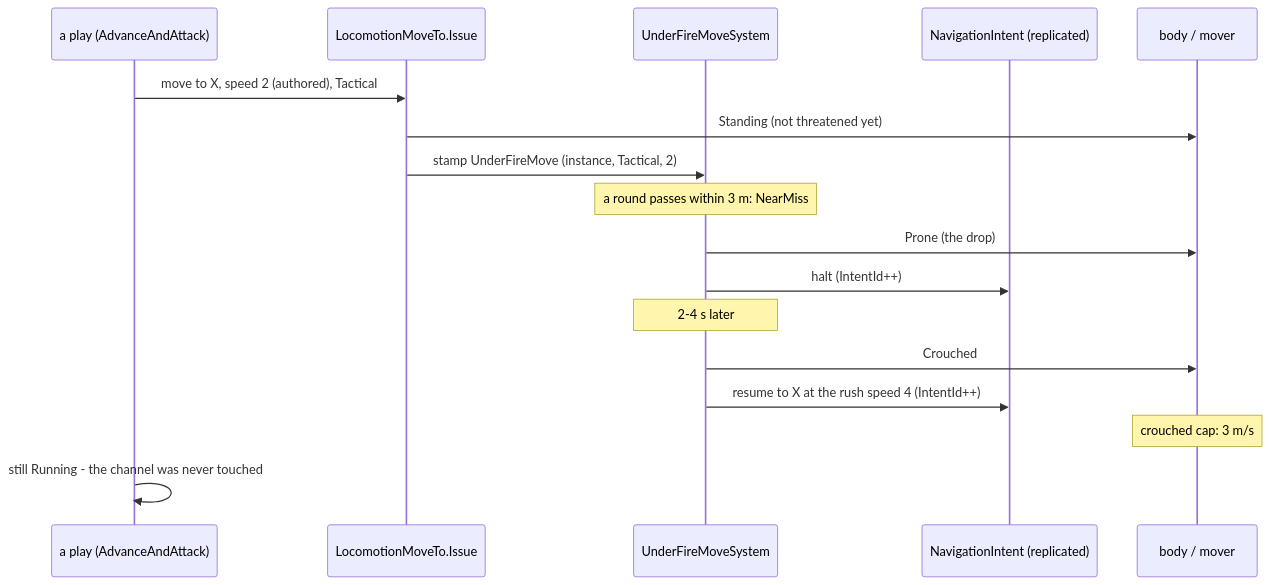
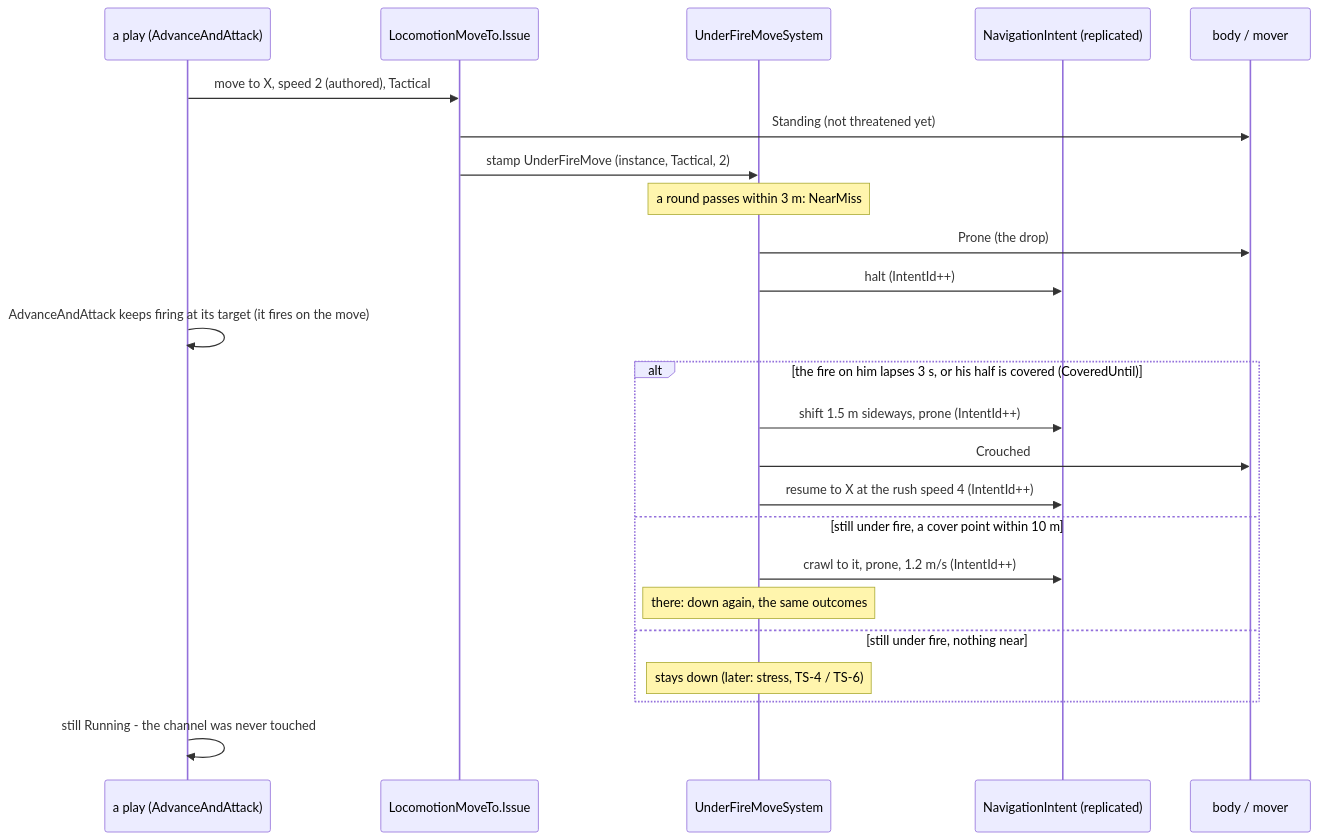
Before and after one commit to pjanec/HROT: the second of 3 diagrams in docs/blueprints/Architect_Question_96_Movement_Under_Fire.md, drawn with Mermaid. The commit also changed other lines of this file and 1 other file, not shown here.

First line of the commit message:
AQ96: lean C revised — the drop has outcomes, not a fixed time (user's question)

````diff
--- a/docs/blueprints/Architect_Question_96_Movement_Under_Fire.md
+++ b/docs/blueprints/Architect_Question_96_Movement_Under_Fire.md
@@ -96,19 +103,26 @@
 ```mermaid
 sequenceDiagram
   participant P as a play (AdvanceAndAttack)
   participant M as LocomotionMoveTo.Issue
   participant S as UnderFireMoveSystem
   participant N as NavigationIntent (replicated)
   participant B as body / mover
   P->>M: move to X, speed 2 (authored), Tactical
   M->>B: Standing (not threatened yet)
   M->>S: stamp UnderFireMove (instance, Tactical, 2)
   Note over S: a round passes within 3 m: NearMiss
   S->>B: Prone (the drop)
   S->>N: halt (IntentId++)
-  Note over S: 2-4 s later
-  S->>B: Crouched
-  S->>N: resume to X at the rush speed 4 (IntentId++)
-  Note over B: crouched cap: 3 m/s
+  P->>P: AdvanceAndAttack keeps firing at its target (it fires on the move)
+  alt the fire on him lapses 3 s, or his half is covered (CoveredUntil)
+    S->>N: shift 1.5 m sideways, prone (IntentId++)
+    S->>B: Crouched
+    S->>N: resume to X at the rush speed 4 (IntentId++)
+  else still under fire, a cover point within 10 m
+    S->>N: crawl to it, prone, 1.2 m/s (IntentId++)
+    Note over S: there: down again, the same outcomes
+  else still under fire, nothing near
+    Note over S: stays down (later: stress, TS-4 / TS-6)
+  end
   P->>P: still Running - the channel was never touched
 ```
````
